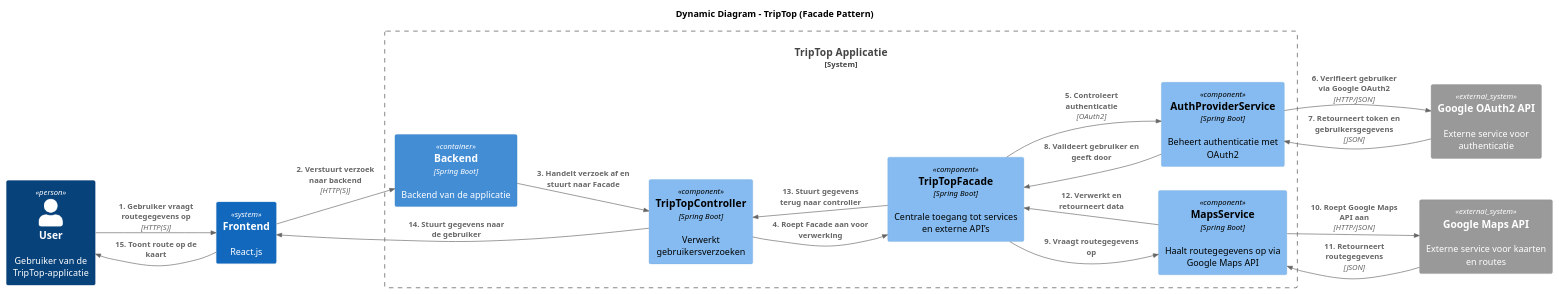
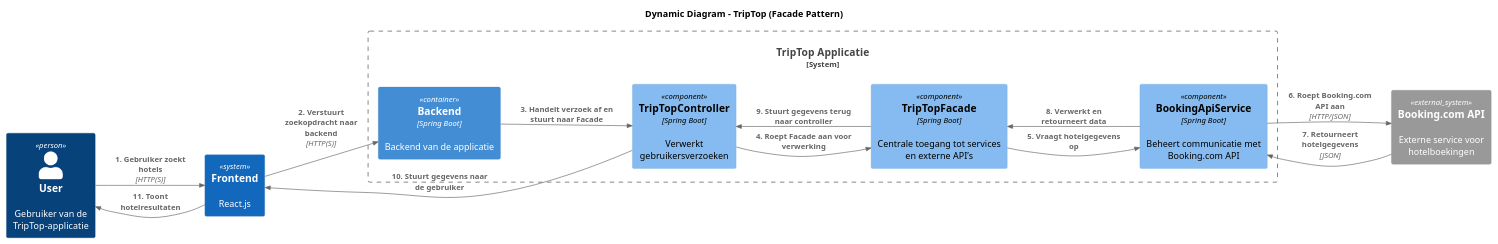
Before and after one commit to AIM-ENE-feb25/triptop-groep-b6: the diagram in gemaakte_werk_bryan/pressure_cooker_dynamic_diagram.puml, drawn with PlantUML. The commit also changed 2 other files, not shown here.

```diff
--- a/gemaakte_werk_bryan/pressure_cooker_dynamic_diagram.puml
+++ b/gemaakte_werk_bryan/pressure_cooker_dynamic_diagram.puml
@@ -1,39 +1,32 @@
 @startuml
 !include https://raw.githubusercontent.com/plantuml-stdlib/C4-PlantUML/master/C4_Component.puml
 left to right direction
 
 title Dynamic Diagram - TripTop (Facade Pattern)
 
 Person(User, "User", "Gebruiker van de TripTop-applicatie")
 
 System(Frontend, "Frontend", "React.js")
 
 System_Boundary("triptop_boundary", "TripTop Applicatie", $tags="") {
     Container(Backend, "Backend", "Spring Boot", "Backend van de applicatie")
     Component(TripTopController, "TripTopController", "Spring Boot", "Verwerkt gebruikersverzoeken")
     Component(TripTopFacade, "TripTopFacade", "Spring Boot", "Centrale toegang tot services en externe API’s")
-    Component(AuthProviderService, "AuthProviderService", "Spring Boot", "Beheert authenticatie met OAuth2")
-    Component(MapsService, "MapsService", "Spring Boot", "Haalt routegegevens op via Google Maps API")
+    Component(BookingApiService, "BookingApiService", "Spring Boot", "Beheert communicatie met Booking.com API")
 }
 
-System_Ext(GoogleOAuth, "Google OAuth2 API", "Externe service voor authenticatie")
-System_Ext(GoogleMapsAPI, "Google Maps API", "Externe service voor kaarten en routes")
+System_Ext(BookingAPI, "Booking.com API", "Externe service voor hotelboekingen")
 
-Rel_D(User, Frontend, "1. Gebruiker vraagt routegegevens op", $techn="HTTP(S)")
-Rel(Frontend, Backend, "2. Verstuurt verzoek naar backend", $techn="HTTP(S)")
+Rel_D(User, Frontend, "1. Gebruiker zoekt hotels", $techn="HTTP(S)")
+Rel(Frontend, Backend, "2. Verstuurt zoekopdracht naar backend", $techn="HTTP(S)")
 Rel_D(Backend, TripTopController, "3. Handelt verzoek af en stuurt naar Facade")
 Rel_D(TripTopController, TripTopFacade, "4. Roept Facade aan voor verwerking")
-Rel_D(TripTopFacade, AuthProviderService, "5. Controleert authenticatie", "OAuth2")
-Rel_U(AuthProviderService, GoogleOAuth, "6. Verifieert gebruiker via Google OAuth2", "HTTP/JSON")
-Rel_U(GoogleOAuth, AuthProviderService, "7. Retourneert token en gebruikersgegevens", "JSON")
-Rel_L(AuthProviderService, TripTopFacade, "8. Valideert gebruiker en geeft door")
-
-Rel_D(TripTopFacade, MapsService, "9. Vraagt routegegevens op")
-Rel_D(MapsService, GoogleMapsAPI, "10. Roept Google Maps API aan", "HTTP/JSON")
-Rel_U(GoogleMapsAPI, MapsService, "11. Retourneert routegegevens", "JSON")
-Rel_U(MapsService, TripTopFacade, "12. Verwerkt en retourneert data")
-Rel_U(TripTopFacade, TripTopController, "13. Stuurt gegevens terug naar controller")
-Rel_U(TripTopController, Frontend, "14. Stuurt gegevens naar de gebruiker")
-Rel_U(Frontend, User, "15. Toont route op de kaart")
+Rel_D(TripTopFacade, BookingApiService, "5. Vraagt hotelgegevens op")
+Rel_D(BookingApiService, BookingAPI, "6. Roept Booking.com API aan", "HTTP/JSON")
+Rel_U(BookingAPI, BookingApiService, "7. Retourneert hotelgegevens", "JSON")
+Rel_U(BookingApiService, TripTopFacade, "8. Verwerkt en retourneert data")
+Rel_U(TripTopFacade, TripTopController, "9. Stuurt gegevens terug naar controller")
+Rel_U(TripTopController, Frontend, "10. Stuurt gegevens naar de gebruiker")
+Rel_U(Frontend, User, "11. Toont hotelresultaten")
 
 @enduml
```
